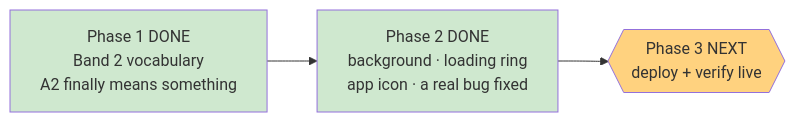
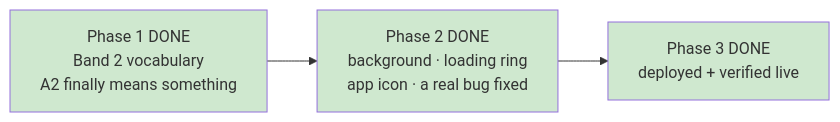
Before and after one commit to dkreinov/magic-clinic-english: the diagram in .oplan/band2-and-polish/STATUS.md, drawn with Mermaid. The commit also changed other lines of this file and 3 other files, not shown here.

Commit message:
oplan: phase 3 closed (7/7 criteria) — deployed and verified live; run closed

````diff
--- a/.oplan/band2-and-polish/STATUS.md
+++ b/.oplan/band2-and-polish/STATUS.md
@@ -10,9 +10,9 @@
 ```mermaid
 flowchart LR
     P1[Phase 1 DONE<br/>Band 2 vocabulary<br/>A2 finally means something] --> P2
     P2[Phase 2 DONE<br/>background · loading ring<br/>app icon · a real bug fixed] --> P3
-    P3{{Phase 3 NEXT<br/>deploy + verify live}}
+    P3[Phase 3 DONE<br/>deployed + verified live]
     style P1 fill:#cfe8cf
     style P2 fill:#cfe8cf
-    style P3 fill:#ffd27f
+    style P3 fill:#cfe8cf
 ```
````
